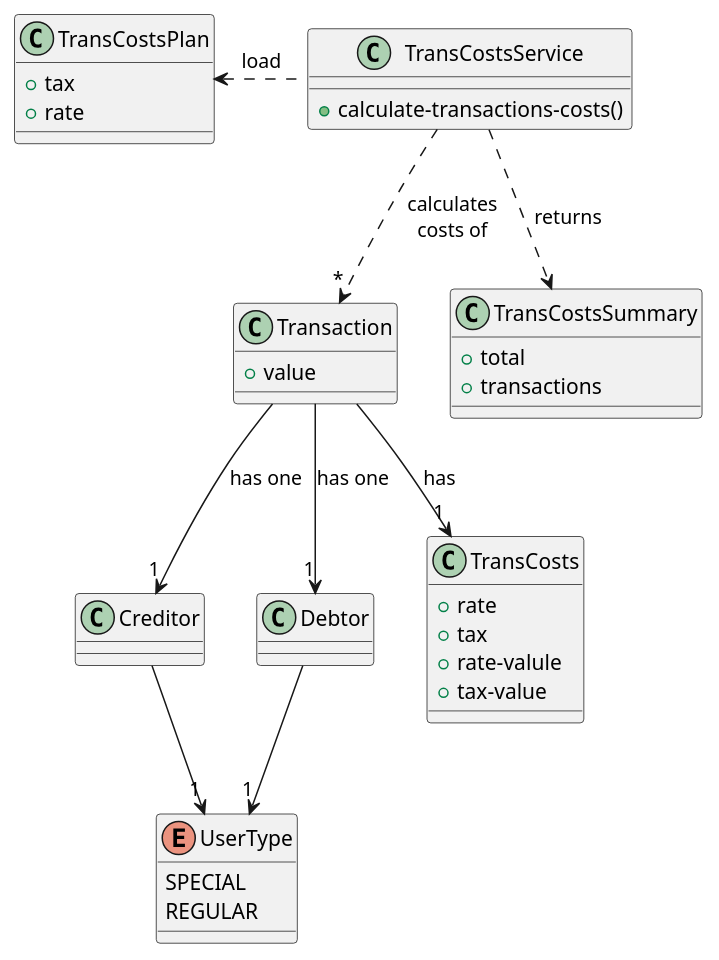
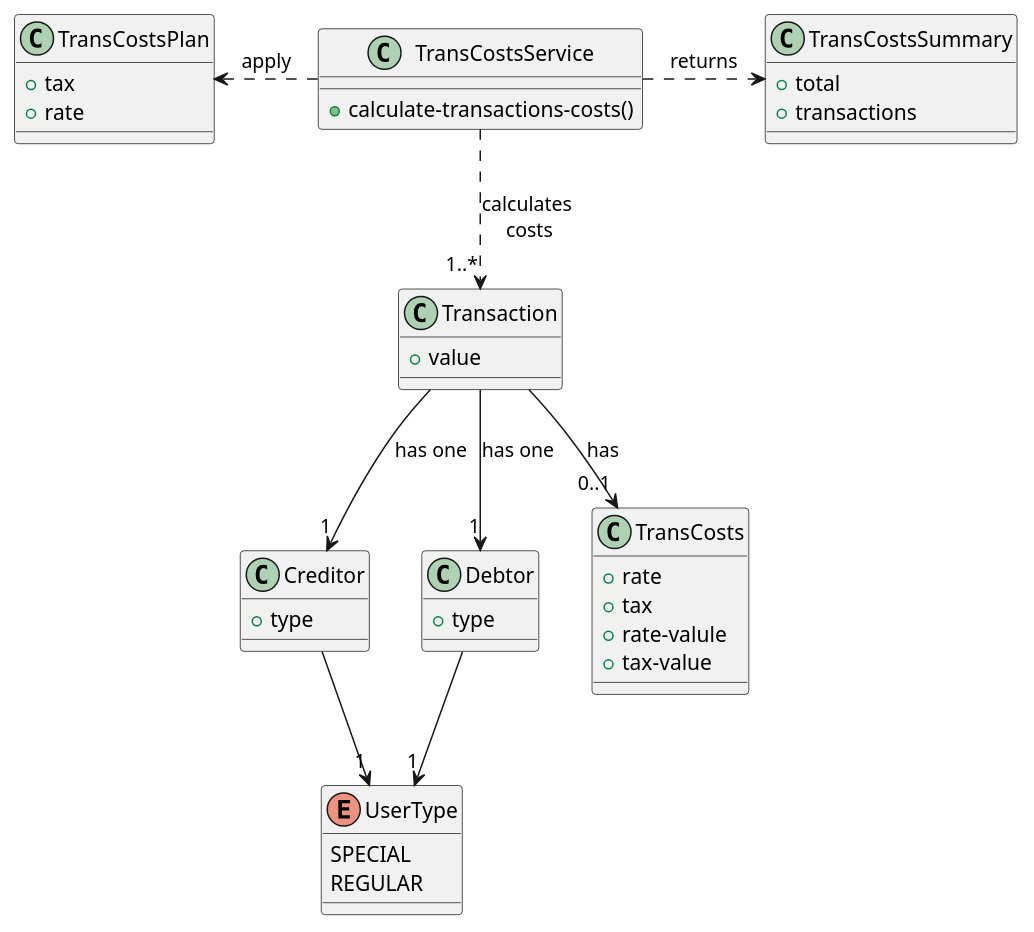
Before and after one commit to mmoraesbr/clojure-lab-01: the diagram in doc/domain.puml, drawn with PlantUML. The commit also changed 4 other files, not shown here.

```diff
--- a/doc/domain.puml
+++ b/doc/domain.puml
@@ -1,39 +1,43 @@
 @startuml
 
 class Transaction {
     + value
 }
-class Creditor
-class Debtor
+class Creditor {
+    + type
+}
+class Debtor {
+    + type
+}
 class TransCostsPlan {
     + tax
     + rate
 }
 class TransCosts {
     + rate
     + tax
     + rate-valule
     + tax-value
 }
 class TransCostsSummary {
     + total
     + transactions
 }
 class TransCostsService {
     + calculate-transactions-costs()
 }
 enum UserType {
 SPECIAL
 REGULAR
 }
 
 Transaction --> "1" Creditor : has one
 Transaction --> "1" Debtor : has one
 
 Creditor --> "1" UserType
 Debtor --> "1" UserType
-TransCostsService ..> "*" Transaction : " calculates \ncosts of"
-TransCostsService .left.> TransCostsPlan : load
-Transaction --> "1" TransCosts : has
-TransCostsService ..> TransCostsSummary : returns
+TransCostsService ..> "1..*" Transaction : "calculates \ncosts"
+TransCostsService .left.> TransCostsPlan : apply
+Transaction --> "0..1" TransCosts : has
+TransCostsService .right.> TransCostsSummary : returns
 @enduml
```
